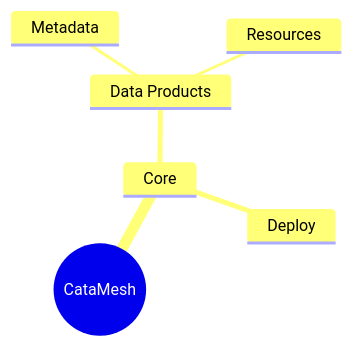
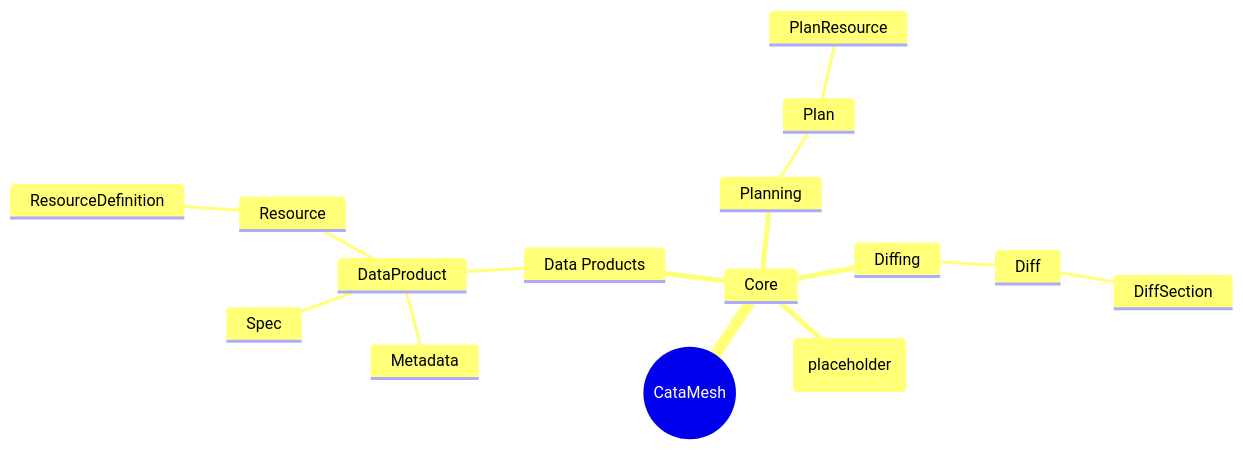
Before and after one commit to fabiangftech/catamesh: the diagram in docs/en/architecture/diagrams/catamesh.mindmap.mmd, drawn with Mermaid. The commit also changed other lines of this file, not shown here.

Commit message:
docs: mindmap update

```diff
--- a/docs/en/architecture/diagrams/catamesh.mindmap.mmd
+++ b/docs/en/architecture/diagrams/catamesh.mindmap.mmd
@@ -1,7 +1,16 @@
 mindmap
   root((CataMesh))
     Core
-        Data Products
-            Metadata
-            Resources
-        Deploy
+      Data Products
+        DataProduct
+          Metadata
+          Spec
+          Resource
+            ResourceDefinition
+      Planning
+        Plan
+          PlanResource
+      Diffing
+        Diff
+          DiffSection
+      Deploy (placeholder)
```
